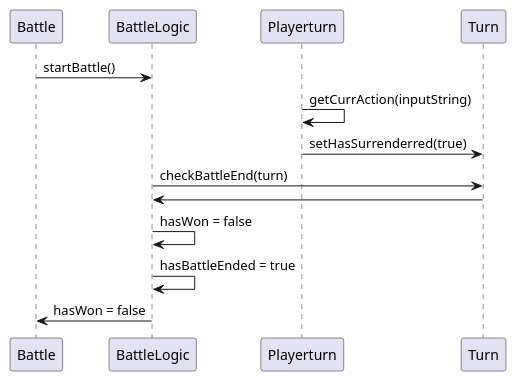
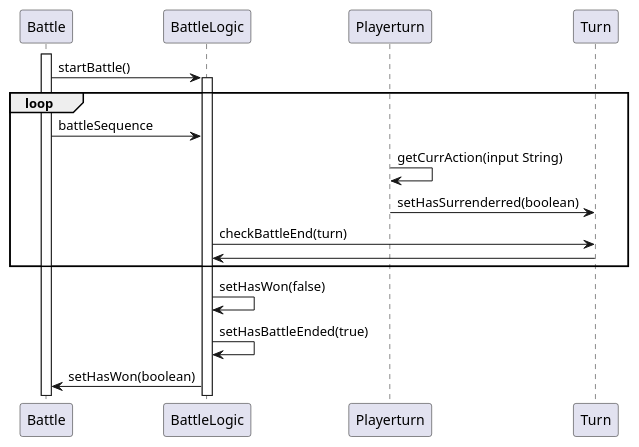
The diagram in docs/diagrams/flee.puml (zavsky/tp), drawn with PlantUML before and after one commit. The commit also changed 2 other files, not shown here.

Commit message:
update uml diagram

```diff
--- a/docs/diagrams/flee.puml
+++ b/docs/diagrams/flee.puml
@@ -1,14 +1,19 @@
 @startuml
 participant Battle order 4
 participant BattleLogic order 5
 participant Playerturn order 6
 participant Turn order 7
+activate Battle
 Battle -> BattleLogic : startBattle()
-Playerturn -> Playerturn : getCurrAction(inputString)
-Playerturn -> Turn : setHasSurrenderred(true)
+activate BattleLogic
+loop
+Battle -> BattleLogic : battleSequence
+Playerturn -> Playerturn : getCurrAction(input String)
+Playerturn -> Turn : setHasSurrenderred(boolean)
 BattleLogic -> Turn : checkBattleEnd(turn)
 Turn -> BattleLogic
-BattleLogic -> BattleLogic : hasWon = false
-BattleLogic -> BattleLogic : hasBattleEnded = true
-BattleLogic -> Battle : hasWon = false
+end
+BattleLogic -> BattleLogic : setHasWon(false)
+BattleLogic -> BattleLogic : setHasBattleEnded(true)
+BattleLogic -> Battle : setHasWon(boolean)
 @enduml
```
